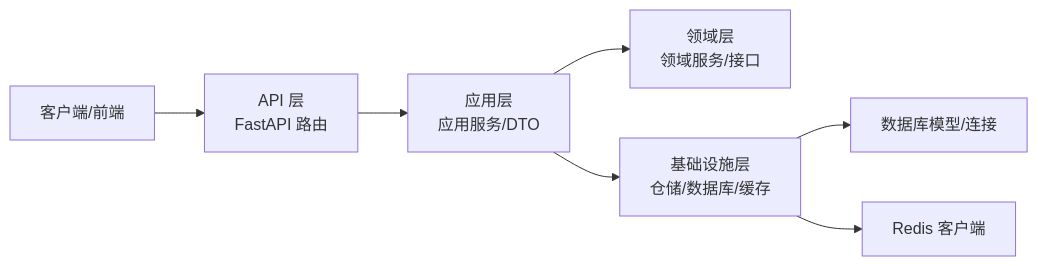
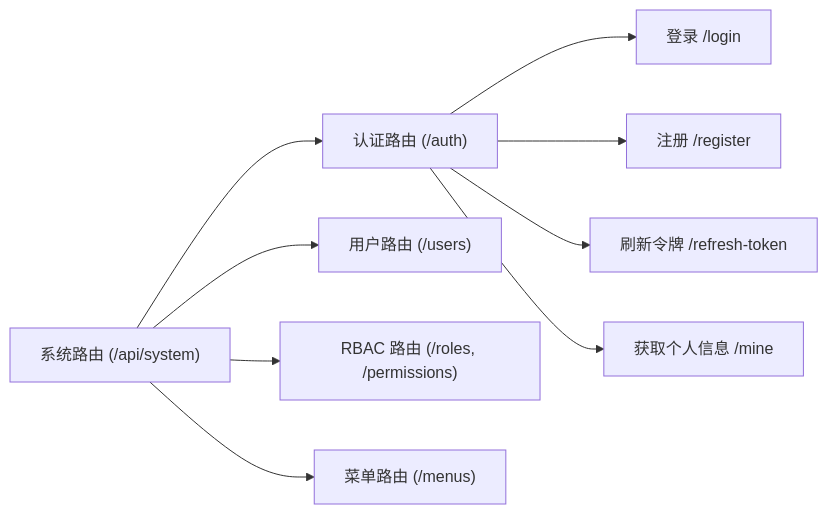
Before and after one commit to taoweidong/Hello-FastApi: the second of 8 diagrams in .qoder/repowiki/zh/content/项目概述/架构设计/架构设计.md, drawn with Mermaid. The commit also changed other lines of this file and 24 other files, not shown here.

````diff
--- a/.qoder/repowiki/zh/content/项目概述/架构设计/架构设计.md
+++ b/.qoder/repowiki/zh/content/项目概述/架构设计/架构设计.md
@@ -108,9 +120,11 @@
 ```mermaid
 graph LR
-Client["客户端/前端"] --> API["API 层<br/>FastAPI 路由"]
-API --> APP["应用层<br/>应用服务/DTO"]
-APP --> DOMAIN["领域层<br/>领域服务/接口"]
-APP --> INFRA["基础设施层<br/>仓储/数据库/缓存"]
-INFRA --> DB["数据库模型/连接"]
-INFRA --> CACHE["Redis 客户端"]
+A["系统路由 (/api/system)"] --> B["认证路由 (/auth)"]
+A --> C["用户路由 (/users)"]
+A --> D["RBAC 路由 (/roles, /permissions)"]
+A --> E["菜单路由 (/menus)"]
+B --> B1["登录 /login"]
+B --> B2["注册 /register"]
+B --> B3["刷新令牌 /refresh-token"]
+B --> B4["获取个人信息 /mine"]
 ```
````
